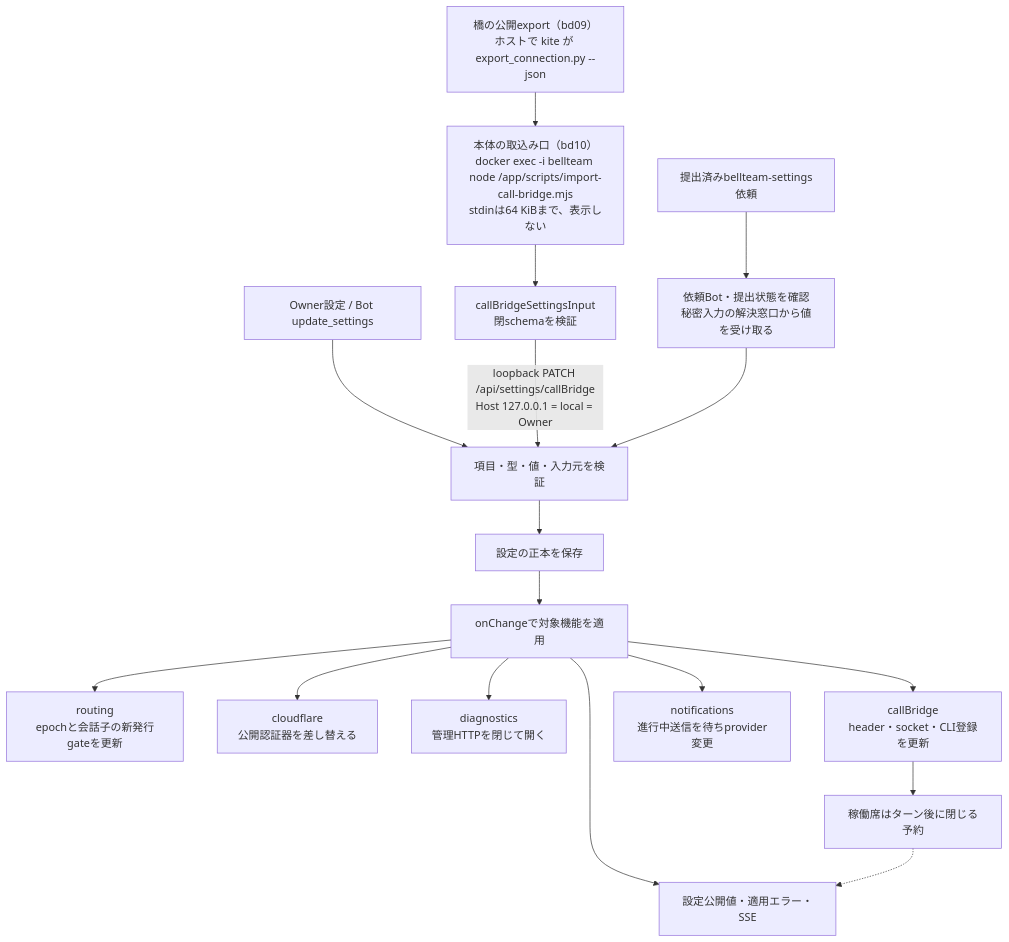
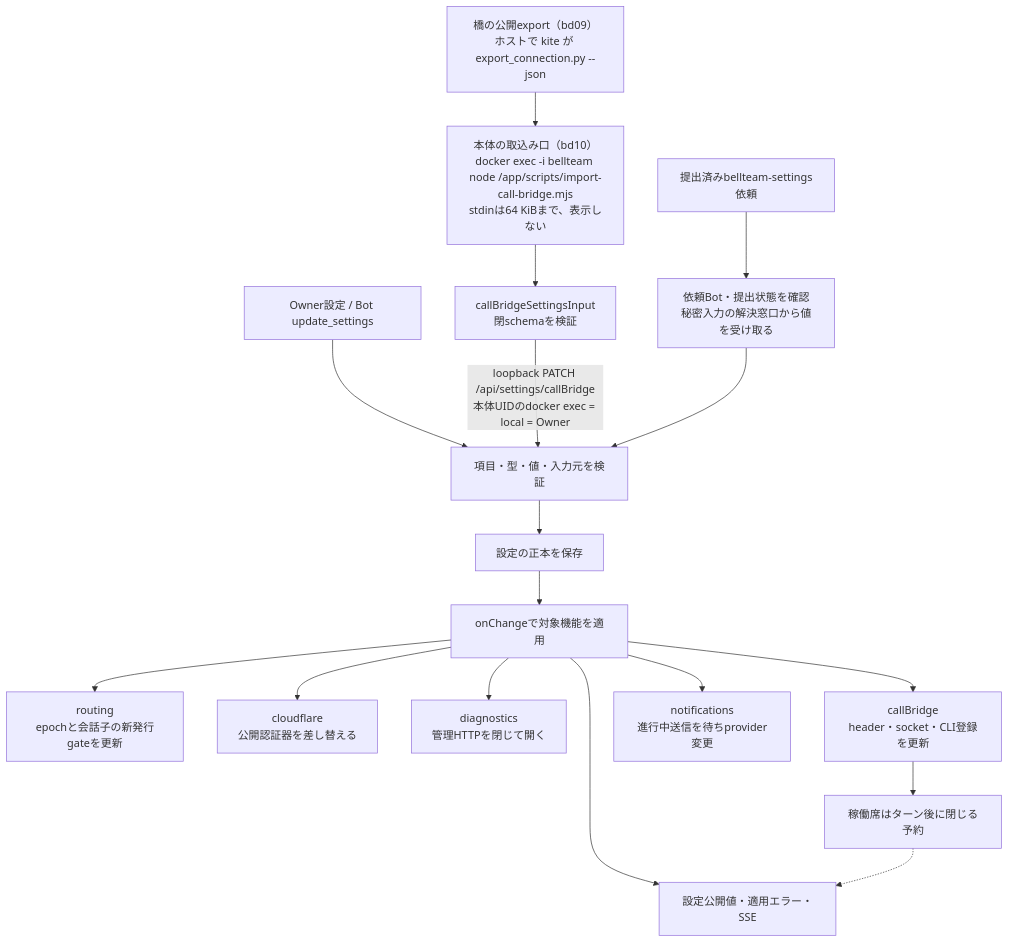
One commit to kitepon/BellTeam changed the fourth of 5 diagrams in docs/architecture/modules/usage/flows.md. Above: the diagram before and after it, drawn with Mermaid. The commit also changed other lines of this file and 6 other files, not shown here.

First line of the commit message:
SEC-049: a client-chosen Host no longer makes a Bot seat the Owner

````diff
--- a/docs/architecture/modules/usage/flows.md
+++ b/docs/architecture/modules/usage/flows.md
@@ -118,20 +118,20 @@
 ```mermaid
 flowchart TD
   Input["Owner設定 / Bot update_settings"] --> Validate
   Export["橋の公開export（bd09）<br/>ホストで kite が export_connection.py --json"] --> Entry["本体の取込み口（bd10）<br/>docker exec -i bellteam node /app/scripts/import-call-bridge.mjs<br/>stdinは64 KiBまで、表示しない"]
   Entry --> Import["callBridgeSettingsInput<br/>閉schemaを検証"]
-  Import -->|"loopback PATCH /api/settings/callBridge<br/>Host 127.0.0.1 = local = Owner"| Validate
+  Import -->|"loopback PATCH /api/settings/callBridge<br/>本体UIDのdocker exec = local = Owner"| Validate
   Validate["項目・型・値・入力元を検証"]
   Secret["提出済みbellteam-settings依頼"] --> Read["依頼Bot・提出状態を確認<br/>秘密入力の解決窓口から値を受け取る"]
   Read --> Validate
   Validate --> Save["設定の正本を保存"]
   Save --> Apply["onChangeで対象機能を適用"]
   Apply --> Route["routing<br/>epochと会話子の新発行gateを更新"]
   Apply --> CF["cloudflare<br/>公開認証器を差し替える"]
   Apply --> Diag["diagnostics<br/>管理HTTPを閉じて開く"]
   Apply --> Call["callBridge<br/>header・socket・CLI登録を更新"]
   Apply --> Push["notifications<br/>進行中送信を待ちprovider変更"]
   Call --> Pending["稼働席はターン後に閉じる予約"]
   Apply --> View["設定公開値・適用エラー・SSE"]
   Pending -.-> View
 ```
````
